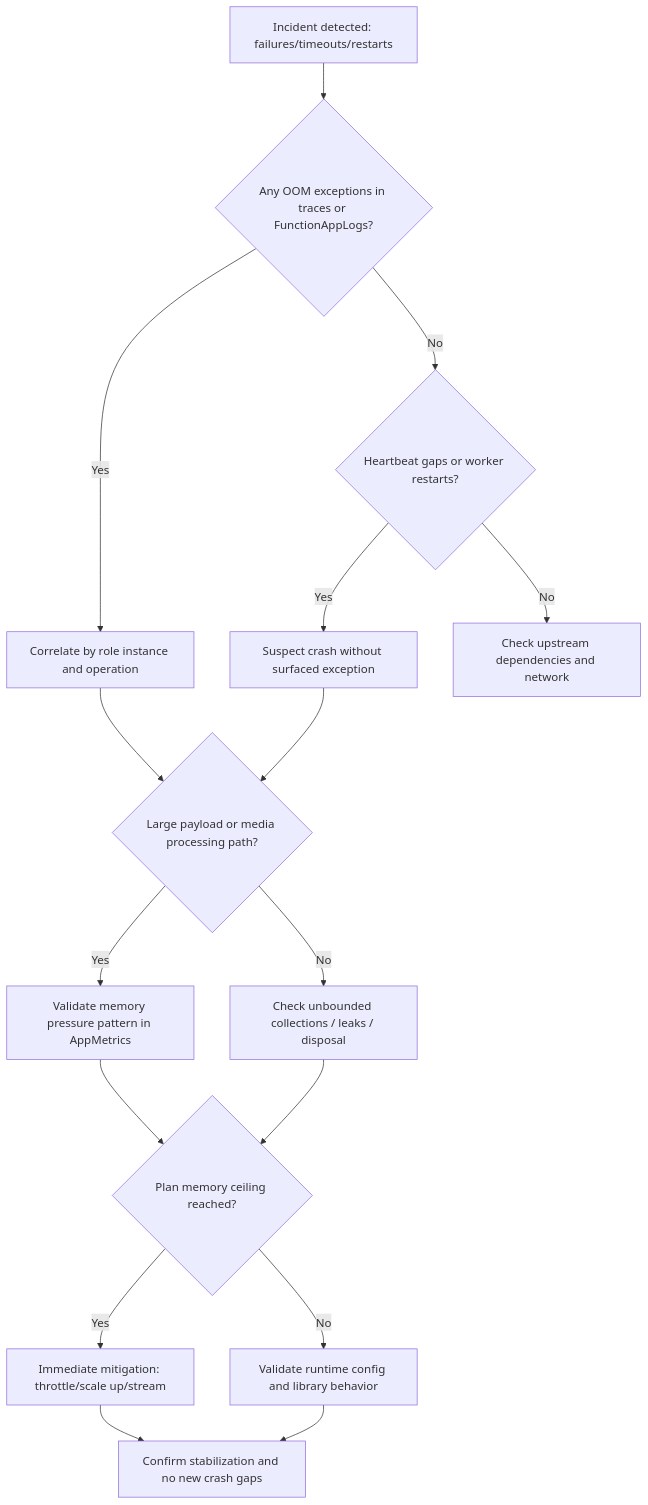
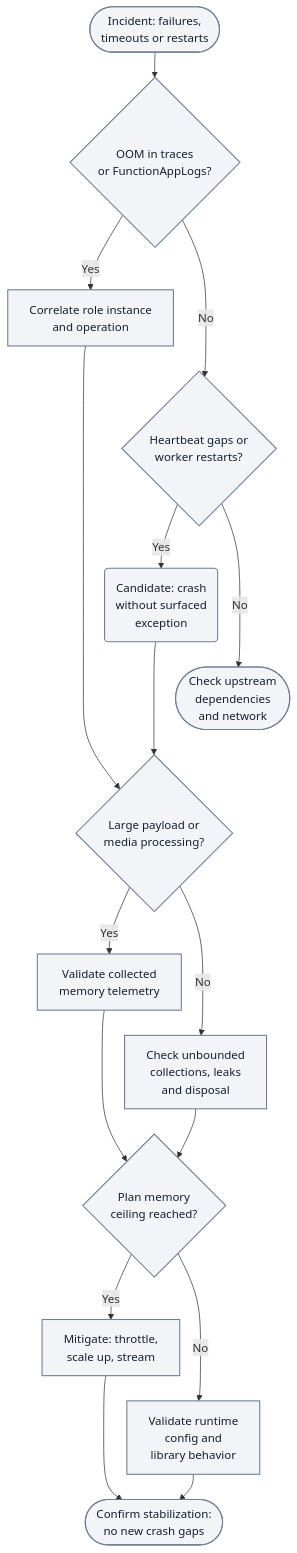
The first of 4 diagrams in docs/troubleshooting/playbooks/scaling/out-of-memory-worker-crash.md (yeongseon/azure-functions-practical-guide), drawn with Mermaid before and after one commit. The commit also changed other lines of this file and 2 other files, not shown here.

First line of the commit message:
docs(diagrams): migrate Functions playbooks scaling — durable orchestration stuck and out of memory worker crash (#449)

````diff
--- a/docs/troubleshooting/playbooks/scaling/out-of-memory-worker-crash.md
+++ b/docs/troubleshooting/playbooks/scaling/out-of-memory-worker-crash.md
@@ -84,18 +85,29 @@
 ```mermaid
+%%{init: {'flowchart': {'nodeSpacing': 10, 'rankSpacing': 35}}}%%
 flowchart TD
-    A["Incident detected: failures/timeouts/restarts"] --> B{Any OOM exceptions in traces or FunctionAppLogs?}
-    B -->|Yes| C[Correlate by role instance and operation]
-    B -->|No| D{Heartbeat gaps or worker restarts?}
-    D -->|Yes| E[Suspect crash without surfaced exception]
-    D -->|No| F[Check upstream dependencies and network]
-    C --> G{Large payload or media processing path?}
+    accTitle: Memory pressure and worker crash triage
+    accDescr: Illustrative checks distinguish OOM exceptions, restart gaps, payload or media paths, collection and disposal checks, memory ceilings and runtime behavior. Yes/No branches select investigations, not proven diagnoses.
+    A(["Incident: failures,<br/>timeouts or restarts"]) --> B{"OOM in traces<br/>or FunctionAppLogs?"}
+    B -->|Yes| C["Correlate role instance<br/>and operation"]
+    B -->|No| D{"Heartbeat gaps or<br/>worker restarts?"}
+    D -->|Yes| E("Candidate: crash<br/>without surfaced<br/>exception")
+    D -->|No| F(["Check upstream<br/>dependencies<br/>and network"])
+    C --> G{"Large payload or<br/>media processing?"}
     E --> G
-    G -->|Yes| H[Validate memory pressure pattern in AppMetrics]
-    G -->|No| I["Check unbounded collections / leaks / disposal"]
-    H --> J{Plan memory ceiling reached?}
+    G -->|Yes| H["Validate collected<br/>memory telemetry"]
+    G -->|No| I["Check unbounded<br/>collections, leaks<br/>and disposal"]
+    H --> J{"Plan memory<br/>ceiling reached?"}
     I --> J
-    J -->|Yes| K["Immediate mitigation: throttle/scale up/stream"]
-    J -->|No| L[Validate runtime config and library behavior]
-    K --> M[Confirm stabilization and no new crash gaps]
+    J -->|Yes| K["Mitigate: throttle,<br/>scale up, stream"]
+    J -->|No| L["Validate runtime<br/>config and<br/>library behavior"]
+    K --> M(["Confirm stabilization:<br/>no new crash gaps"])
     L --> M
+    %% Layout-only links tier branches; they add no diagnostic steps or arrows.
+    C ~~~ D
+    E ~~~ F
+    F ~~~ G
+    H ~~~ I
+    K ~~~ L
+    classDef neutral fill:#f2f4f8,stroke:#707e93,stroke-width:1.5px,color:#14202e;
+    class A,B,C,D,E,F,G,H,I,J,K,L,M neutral;
 ```
````
